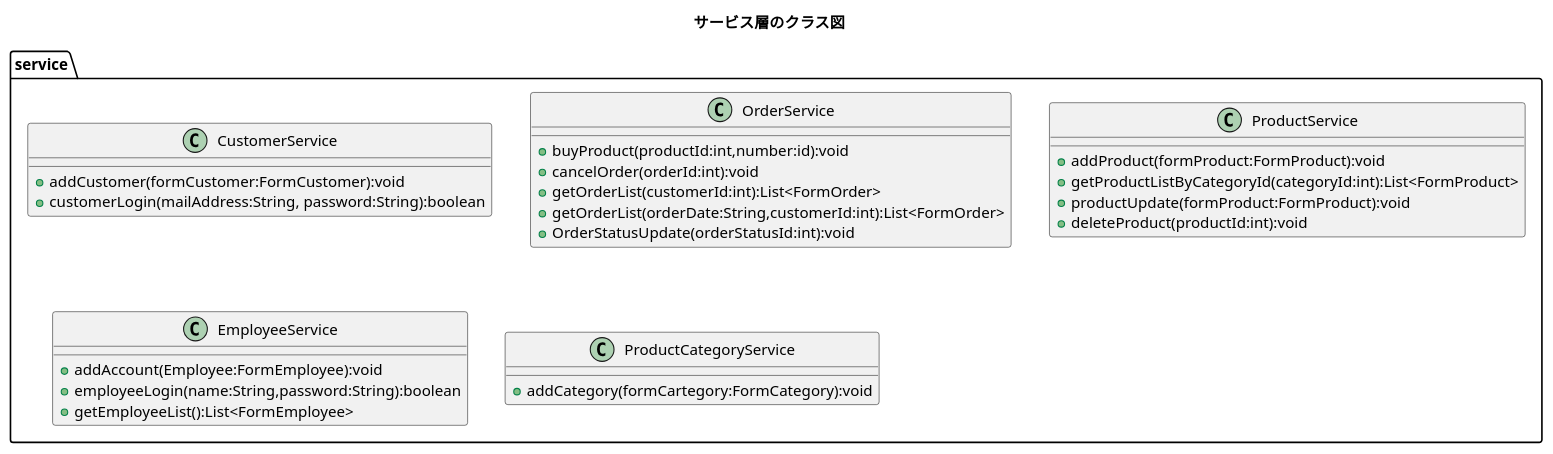
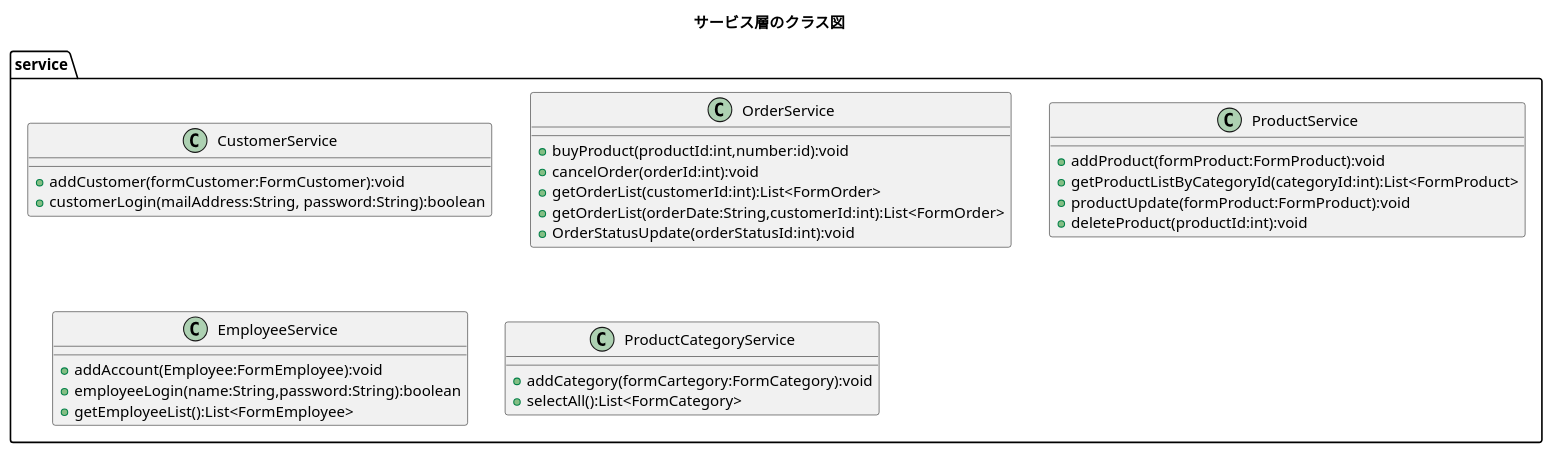
The diagram in plan/uml/class/service.plantuml (kanavii3333/ec-b), drawn with PlantUML before and after one commit. The commit also changed 2 other files, not shown here.

Commit message:
repository,service,uc009plantumlの更新

```diff
--- a/plan/uml/class/service.plantuml
+++ b/plan/uml/class/service.plantuml
@@ -1,35 +1,36 @@
 @startuml
 title サービス層のクラス図
 package service{
 	class CustomerService{
 		+ addCustomer(formCustomer:FormCustomer):void
 		+ customerLogin(mailAddress:String, password:String):boolean
 	}
 	
 	class OrderService{
 		+ buyProduct(productId:int,number:id):void
 		+ cancelOrder(orderId:int):void
 		+ getOrderList(customerId:int):List<FormOrder>
 		+ getOrderList(orderDate:String,customerId:int):List<FormOrder>
 		+ OrderStatusUpdate(orderStatusId:int):void
 	}
 	
 	class ProductService{
 		+ addProduct(formProduct:FormProduct):void
 		+ getProductListByCategoryId(categoryId:int):List<FormProduct>
 		+ productUpdate(formProduct:FormProduct):void
 		+ deleteProduct(productId:int):void
 	}
 
 
 	class EmployeeService{
 		+ addAccount(Employee:FormEmployee):void
 		+ employeeLogin(name:String,password:String):boolean
 		+ getEmployeeList():List<FormEmployee>
 	}
 	
 	class ProductCategoryService{
 		+ addCategory(formCartegory:FormCategory):void
+		+ selectAll():List<FormCategory>
 	}	
 }
 @enduml
```
